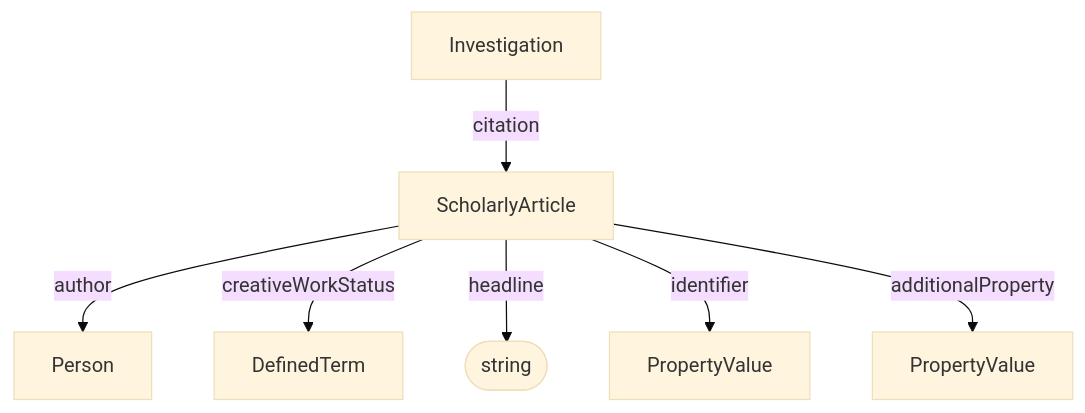
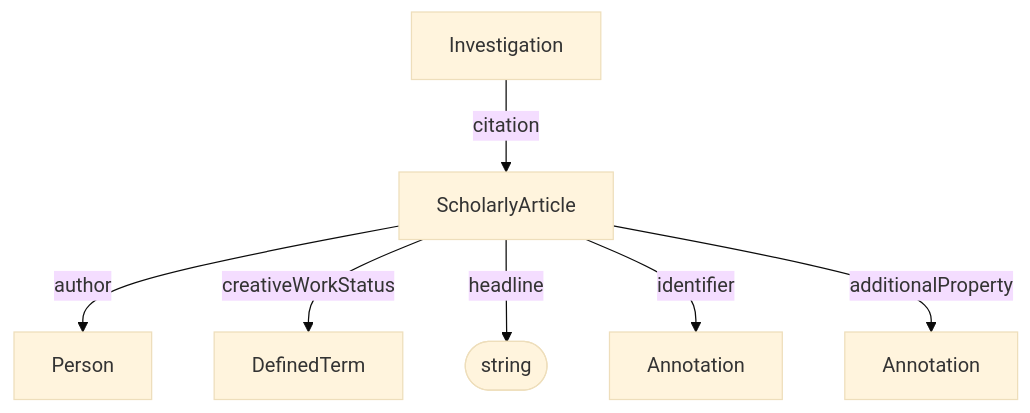
The diagram in docs/spec/decorations/isa/ScholarlyArticle.md (HLWeil/ProcessCore), drawn with Mermaid (base theme) before and after one commit. The commit also changed other lines of this file and 134 other files, not shown here.

````diff
--- a/docs/spec/decorations/isa/ScholarlyArticle.md
+++ b/docs/spec/decorations/isa/ScholarlyArticle.md
@@ -28,16 +28,16 @@
 ```mermaid
 flowchart TD
 
     hl@{ shape: stadium, label: "string" }
 
-    p1[PropertyValue]
-    p2[PropertyValue]
+    p1[Annotation]
+    p2[Annotation]
 
     Investigation --citation--> ScholarlyArticle
     ScholarlyArticle --author--> Person
     ScholarlyArticle --creativeWorkStatus--> DefinedTerm
     ScholarlyArticle --headline--> hl
     ScholarlyArticle --identifier--> p1
     ScholarlyArticle --additionalProperty--> p2
 
 ```
````
